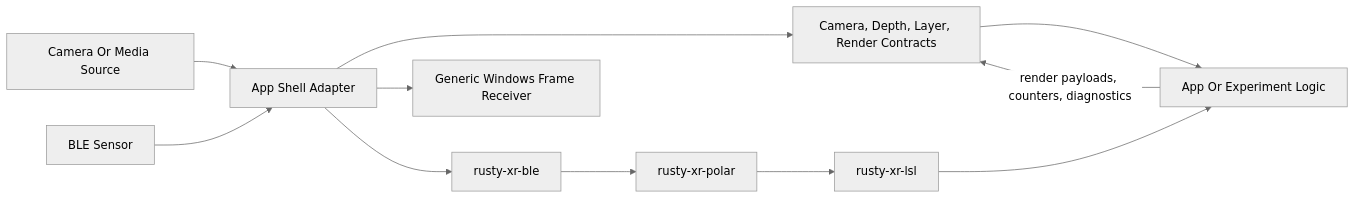
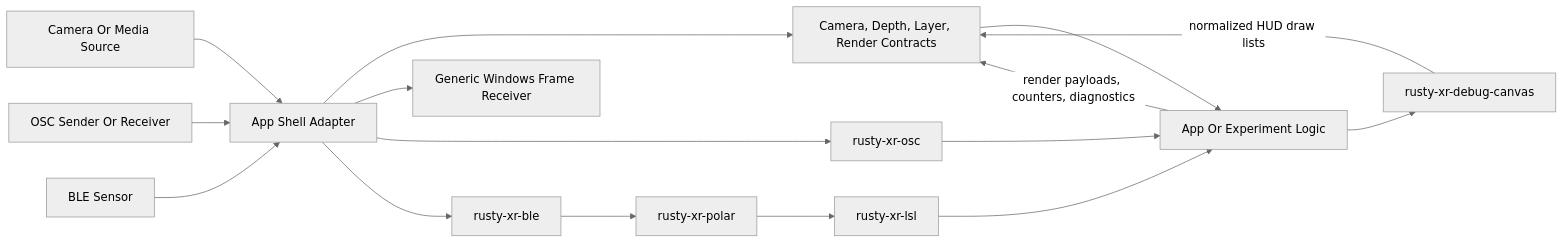
The diagram in docs/diagrams/media-biofeedback-flow.mmd (MesmerPrism/Rusty-XR), drawn with Mermaid (neutral theme) before and after one commit. The commit also changed 31 other files, not shown here.

Commit message:
Add OSC ingress and diagnostic HUD utilities

```diff
--- a/docs/diagrams/media-biofeedback-flow.mmd
+++ b/docs/diagrams/media-biofeedback-flow.mmd
@@ -1,24 +1,32 @@
 flowchart LR
   camera["Camera Or Media Source"]
   shell["App Shell Adapter"]
   media_contracts["Camera, Depth, Layer, Render Contracts"]
   receiver["Generic Windows Frame Receiver"]
+  osc_source["OSC Sender Or Receiver"]
+  osc["rusty-xr-osc"]
+  debug_canvas["rusty-xr-debug-canvas"]
 
   sensor["BLE Sensor"]
   ble["rusty-xr-ble"]
   polar["rusty-xr-polar"]
   lsl["rusty-xr-lsl"]
   app_logic["App Or Experiment Logic"]
 
   camera --> shell
   shell --> media_contracts
   media_contracts --> app_logic
   shell --> receiver
+  osc_source --> shell
+  shell --> osc
+  osc --> app_logic
+  app_logic --> debug_canvas
 
   sensor --> shell
   shell --> ble
   ble --> polar
   polar --> lsl
   lsl --> app_logic
 
   app_logic -->|"render payloads, counters, diagnostics"| media_contracts
+  debug_canvas -->|"normalized HUD draw lists"| media_contracts
```
